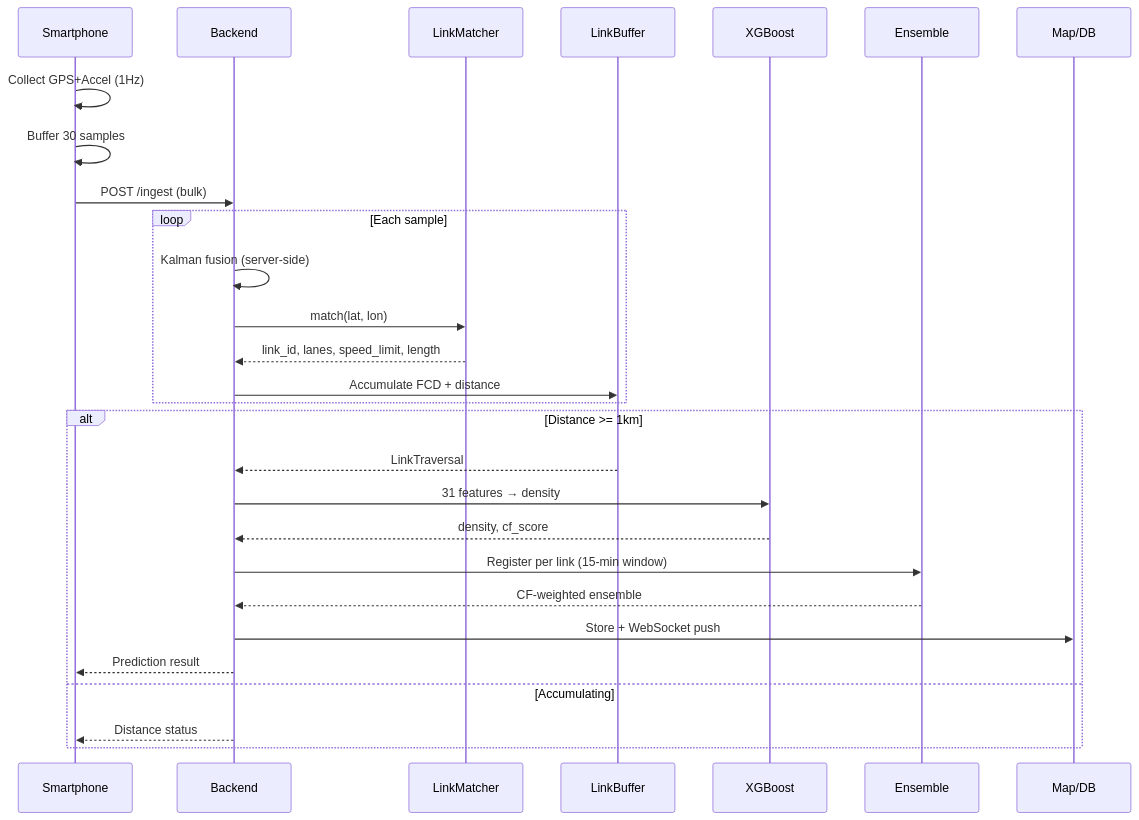
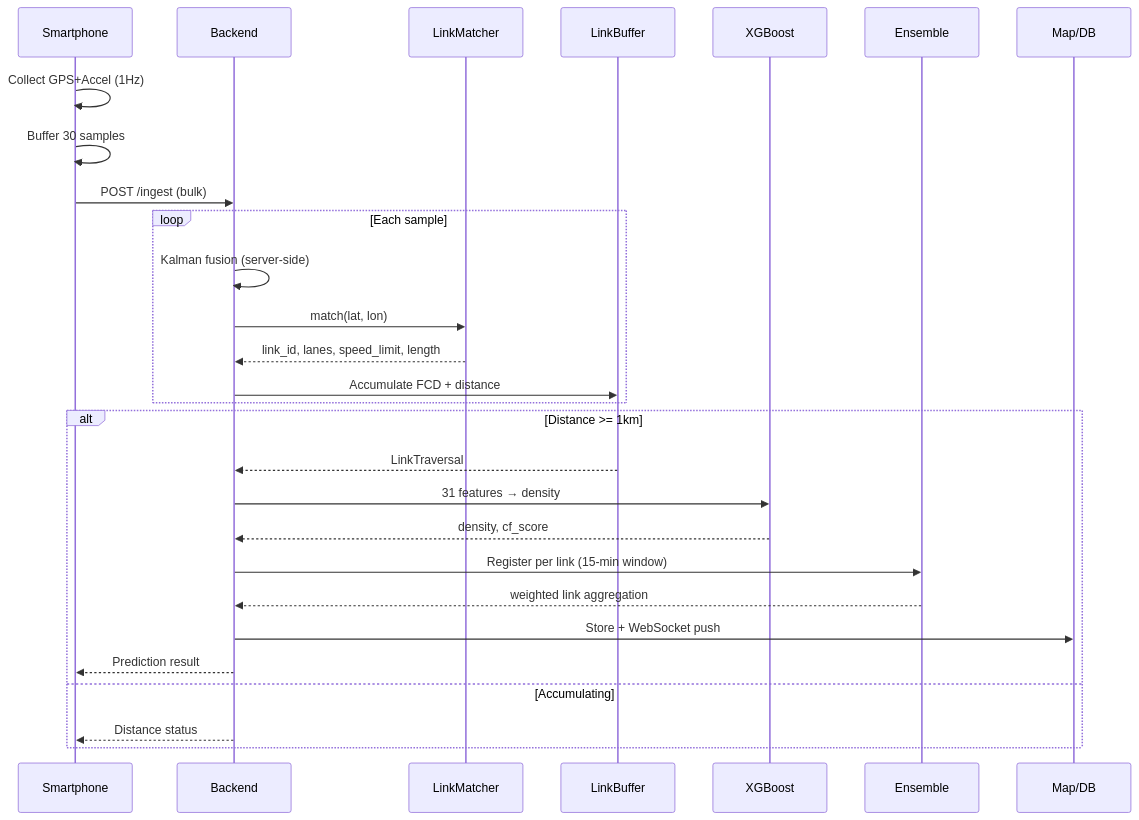
Before and after one commit to sewon-p/ml_project: the second of 4 diagrams in README.md, drawn with Mermaid. The commit also changed other lines of this file and 3 other files, not shown here.

````diff
--- a/README.md
+++ b/README.md
@@ -90,33 +91,33 @@
 ```mermaid
 sequenceDiagram
     participant Phone as Smartphone
     participant Server as Backend
     participant GIS as LinkMatcher
     participant LB as LinkBuffer
     participant ML as XGBoost
     participant Ens as Ensemble
     participant Map as Map/DB
 
     Phone->>Phone: Collect GPS+Accel (1Hz)
     Phone->>Phone: Buffer 30 samples
     Phone->>Server: POST /ingest (bulk)
 
     loop Each sample
         Server->>Server: Kalman fusion (server-side)
         Server->>GIS: match(lat, lon)
         GIS-->>Server: link_id, lanes, speed_limit, length
         Server->>LB: Accumulate FCD + distance
     end
 
     alt Distance >= 1km
         LB-->>Server: LinkTraversal
         Server->>ML: 31 features → density
         ML-->>Server: density, cf_score
         Server->>Ens: Register per link (15-min window)
-        Ens-->>Server: CF-weighted ensemble
+        Ens-->>Server: weighted link aggregation
         Server->>Map: Store + WebSocket push
         Server-->>Phone: Prediction result
     else Accumulating
         Server-->>Phone: Distance status
     end
 ```
````
